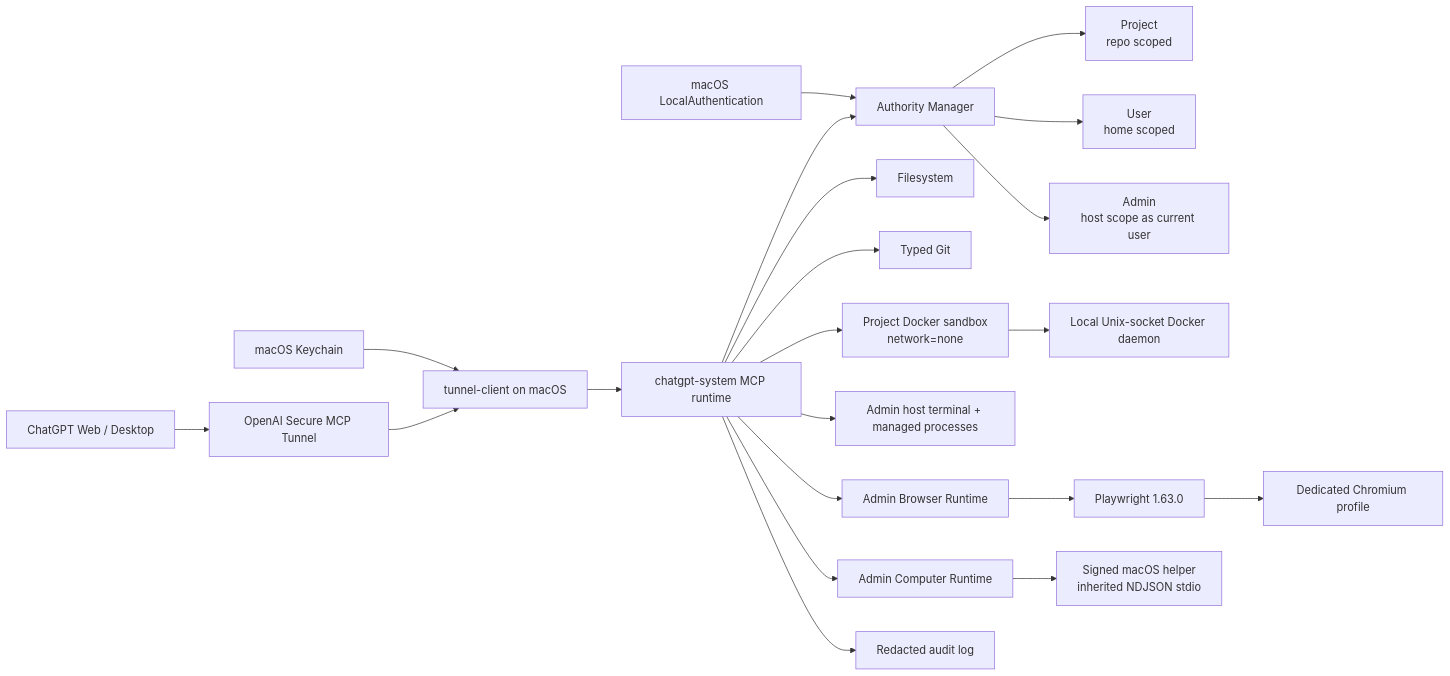
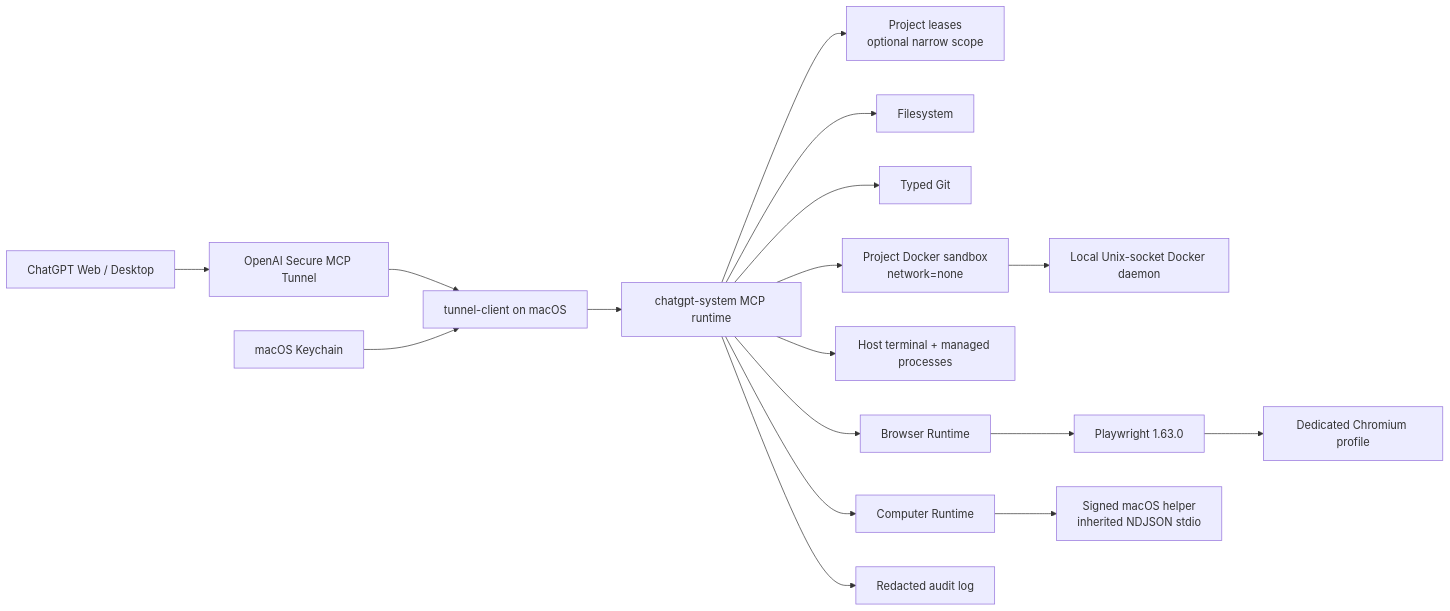
Before and after one commit to senoldogann/chatgpt-system: the diagram in README.md, drawn with Mermaid. The commit also changed other lines of this file and 89 other files, not shown here.

First line of the commit message:
feat: free local runtime without admin leases, add skills/handoff/goal/worker

````diff
--- a/README.md
+++ b/README.md
@@ -33,26 +33,22 @@
 ```mermaid
 flowchart LR
     ChatGPT["ChatGPT Web / Desktop"] --> Tunnel["OpenAI Secure MCP Tunnel"]
     Tunnel --> Client["tunnel-client on macOS"]
     Client --> Runtime["chatgpt-system MCP runtime"]
 
-    Runtime --> Authority["Authority Manager"]
-    Authority --> Project["Project<br/>repo scoped"]
-    Authority --> User["User<br/>home scoped"]
-    Authority --> Admin["Admin<br/>host scope as current user"]
+    Runtime --> Authority["Project leases<br/>optional narrow scope"]
 
     Runtime --> Files["Filesystem"]
     Runtime --> Git["Typed Git"]
     Runtime --> ProjectExec["Project Docker sandbox\nnetwork=none"]
     ProjectExec --> Docker["Local Unix-socket Docker daemon"]
-    Runtime --> Exec["Admin host terminal + managed processes"]
-    Runtime --> Browser["Admin Browser Runtime"]
+    Runtime --> Exec["Host terminal + managed processes"]
+    Runtime --> Browser["Browser Runtime"]
     Browser --> Playwright["Playwright 1.63.0"]
-    Runtime --> Computer["Admin Computer Runtime"]
+    Runtime --> Computer["Computer Runtime"]
     Computer --> Native["Signed macOS helper\ninherited NDJSON stdio"]
     Playwright --> Chromium["Dedicated Chromium profile"]
     Runtime --> Audit["Redacted audit log"]
 
-    LocalAuth["macOS LocalAuthentication"] --> Authority
     Keychain["macOS Keychain"] --> Client
 ```
````
